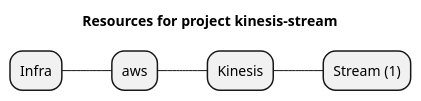
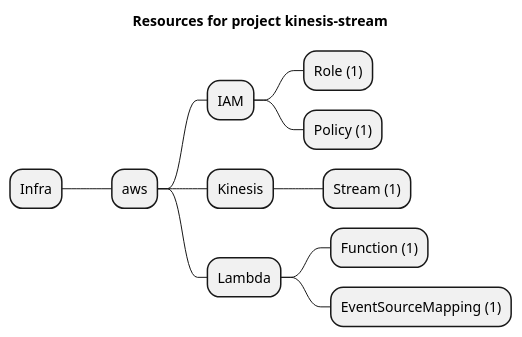
One commit to grucloud/grucloud changed the diagram in examples/aws/Kinesis/kinesis-stream/artifacts/resources-mindmap.puml. Above: the diagram before and after it, drawn with PlantUML. The commit also changed 14 other files, not shown here.

```diff
--- a/examples/aws/Kinesis/kinesis-stream/artifacts/resources-mindmap.puml
+++ b/examples/aws/Kinesis/kinesis-stream/artifacts/resources-mindmap.puml
@@ -1,8 +1,14 @@
 @startmindmap
 title Resources for project kinesis-stream
 skinparam monochrome true
 + Infra
 ++ aws
++++ IAM
+++++ Role (1)
+++++ Policy (1)
 +++ Kinesis
 ++++ Stream (1)
++++ Lambda
+++++ Function (1)
+++++ EventSourceMapping (1)
 @endmindmap
```
